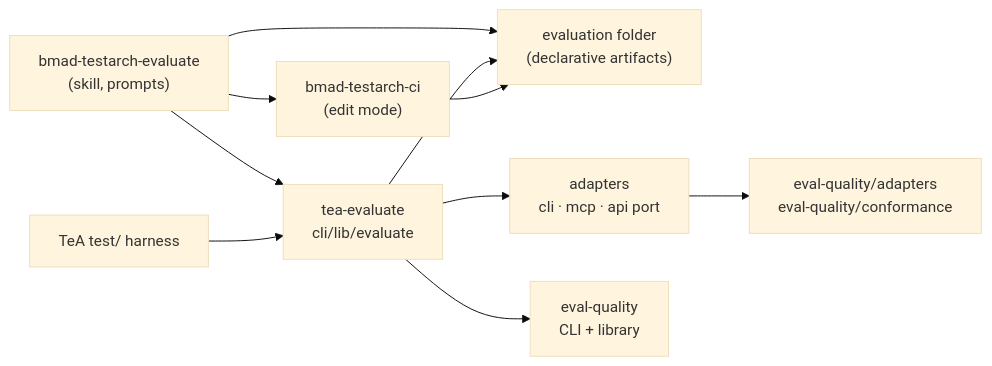
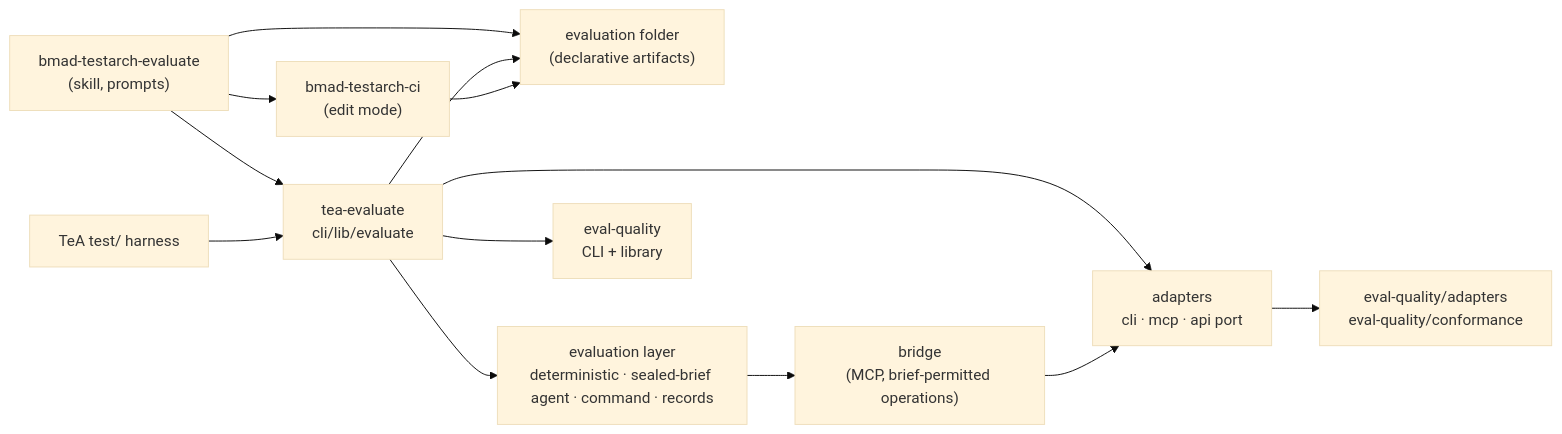
The first of 2 diagrams in _bmad-output/planning-artifacts/evaluate/ARCHITECTURE-SPINE.md (bmad-code-org/bmad-method-test-architecture-enterprise), drawn with Mermaid (base theme) before and after one commit. The commit also changed other lines of this file and 11 other files, not shown here.

````diff
--- a/_bmad-output/planning-artifacts/evaluate/ARCHITECTURE-SPINE.md
+++ b/_bmad-output/planning-artifacts/evaluate/ARCHITECTURE-SPINE.md
@@ -28,12 +28,15 @@
 ```mermaid
 flowchart LR
   skill["bmad-testarch-evaluate<br/>(skill, prompts)"] --> artifacts["evaluation folder<br/>(declarative artifacts)"]
   skill --> runtime["tea-evaluate<br/>cli/lib/evaluate"]
   skill --> ciSkill["bmad-testarch-ci<br/>(edit mode)"]
   runtime --> artifacts
   runtime --> adapters["adapters<br/>cli · mcp · api port"]
+  runtime --> evaluators["evaluation layer<br/>deterministic · sealed-brief agent · command · records"]
+  evaluators --> bridge["bridge<br/>(MCP, brief-permitted operations)"]
+  bridge --> adapters
   runtime --> engine["eval-quality<br/>CLI + library"]
   adapters --> engineTypes["eval-quality/adapters<br/>eval-quality/conformance"]
   harness["TeA test/ harness"] --> runtime
   ciSkill --> artifacts
 ```
````
